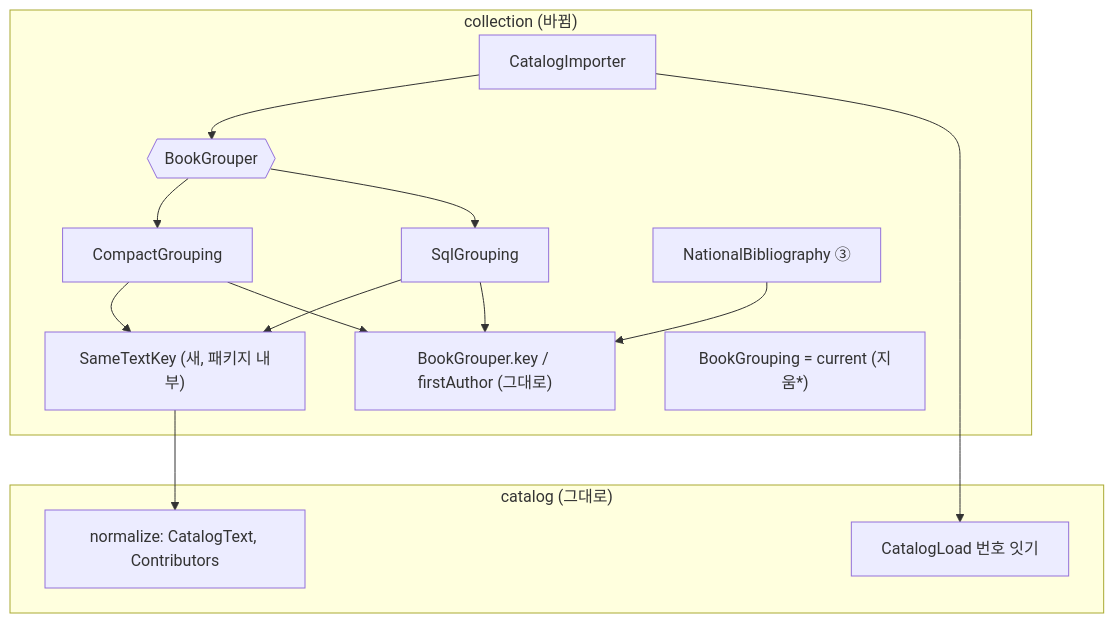
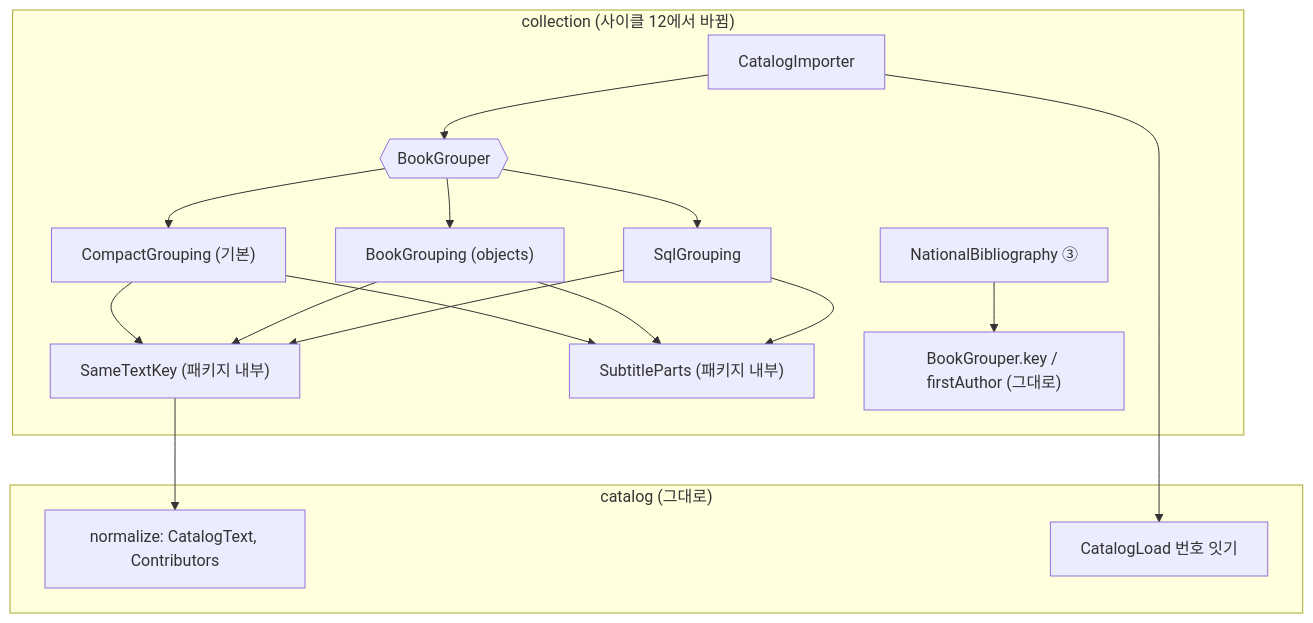
The tenth of 11 diagrams in docs/current/module-map.md (hodu-sketch/chaekcheck-plan), drawn with Mermaid before and after one commit. The commit also changed other lines of this file and 8 other files, not shown here.

````diff
--- a/docs/current/module-map.md
+++ b/docs/current/module-map.md
@@ -606,20 +619,22 @@
 ```mermaid
 flowchart TB
-  subgraph collection["collection (바뀜)"]
+  subgraph collection["collection (사이클 12에서 바뀜)"]
     CI[CatalogImporter] --> BG{{BookGrouper}}
-    BG --> CG[CompactGrouping]
+    BG --> CG["CompactGrouping (기본)"]
+    BG --> OG["BookGrouping (objects)"]
     BG --> SG[SqlGrouping]
-    CG --> SK["SameTextKey (새, 패키지 내부)"]
+    CG --> SK["SameTextKey (패키지 내부)"]
+    OG --> SK
     SG --> SK
+    CG --> SP["SubtitleParts (패키지 내부)"]
+    OG --> SP
+    SG --> SP
     NB["NationalBibliography ③"] --> KEY["BookGrouper.key / firstAuthor (그대로)"]
-    CG --> KEY
-    SG --> KEY
-    CUR["BookGrouping = current (지움*)"]
   end
   subgraph catalog["catalog (그대로)"]
     N["normalize: CatalogText, Contributors"]
     CL["CatalogLoad 번호 잇기"]
   end
   SK --> N
   CI --> CL
 ```
````
